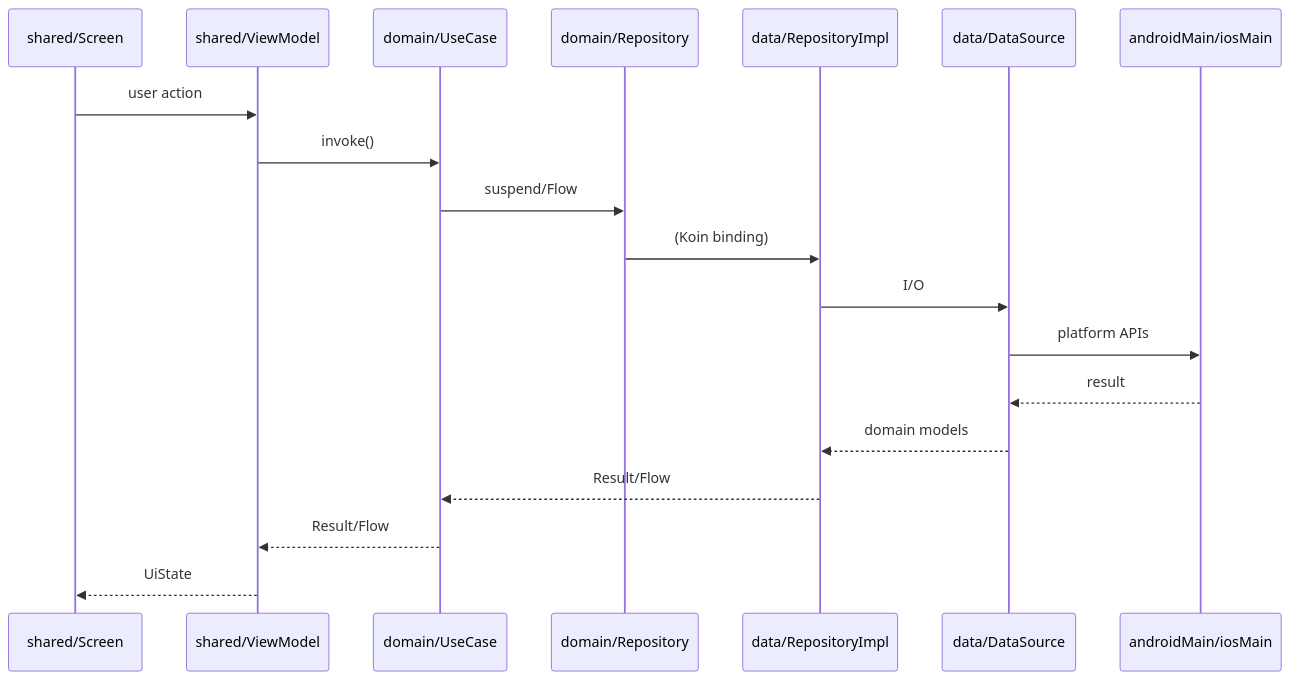
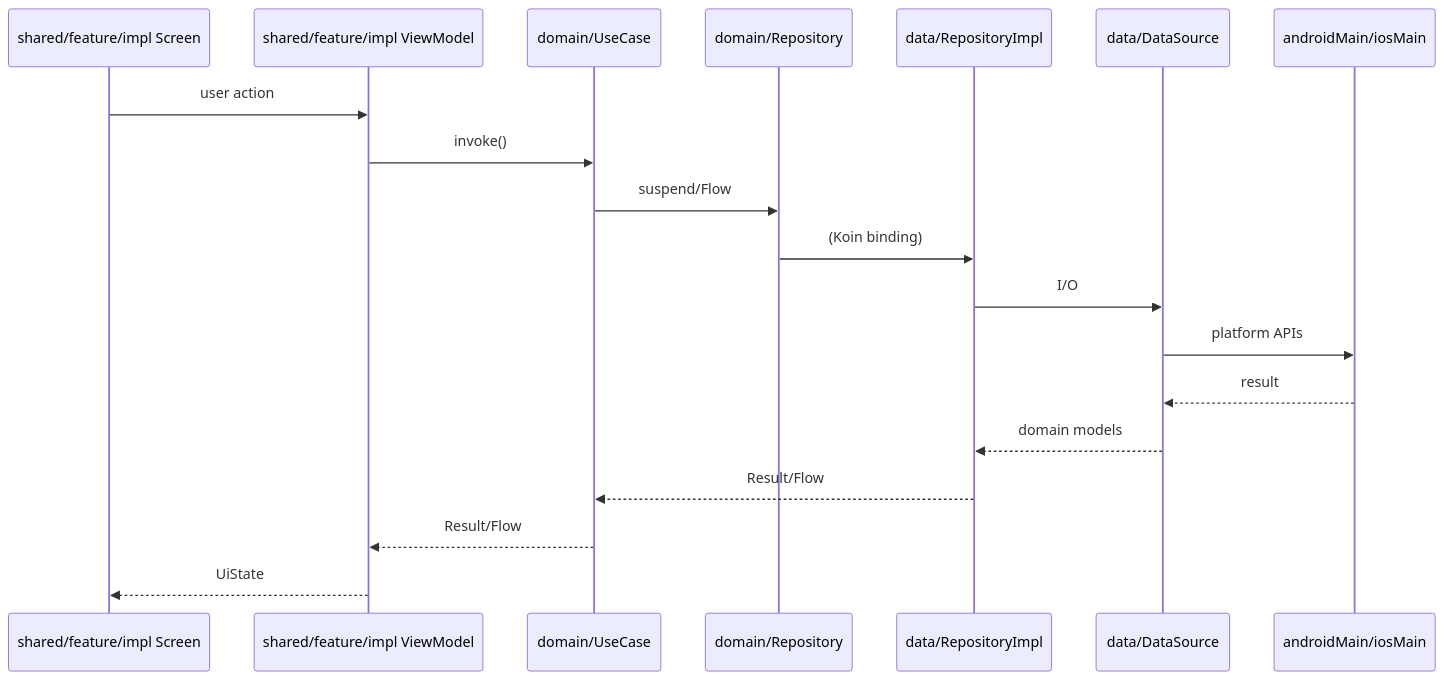
Before and after one commit to khoa-nguyen-bk18/cmp-template: the first of 2 diagrams in README.md, drawn with Mermaid. The commit also changed other lines of this file and 5 other files, not shown here.

````diff
--- a/README.md
+++ b/README.md
@@ -31,22 +31,22 @@
 ```mermaid
 sequenceDiagram
-    participant Screen as shared/Screen
-    participant VM as shared/ViewModel
+    participant Screen as shared/feature/impl Screen
+    participant VM as shared/feature/impl ViewModel
     participant UC as domain/UseCase
     participant Repo as domain/Repository
     participant Impl as data/RepositoryImpl
     participant DS as data/DataSource
     participant Native as androidMain/iosMain
 
     Screen->>VM: user action
     VM->>UC: invoke()
     UC->>Repo: suspend/Flow
     Repo->>Impl: (Koin binding)
     Impl->>DS: I/O
     DS->>Native: platform APIs
     Native-->>DS: result
     DS-->>Impl: domain models
     Impl-->>UC: Result/Flow
     UC-->>VM: Result/Flow
     VM-->>Screen: UiState
 ```
````
